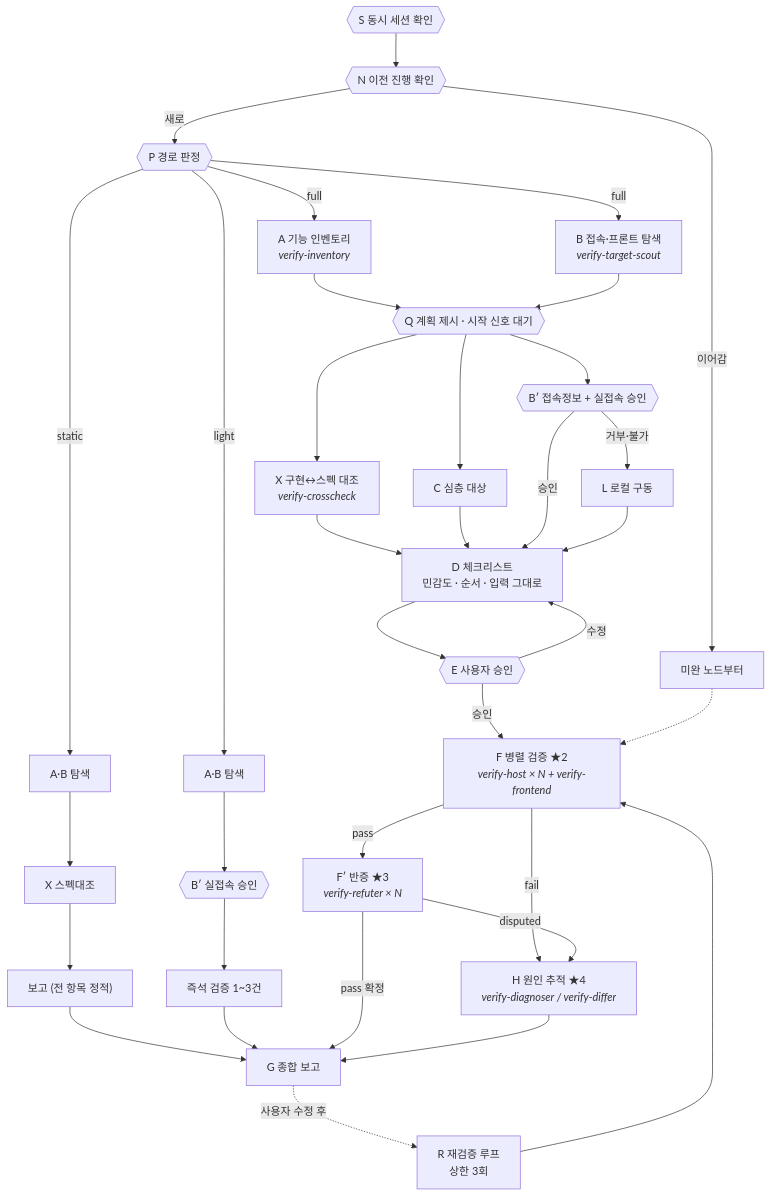
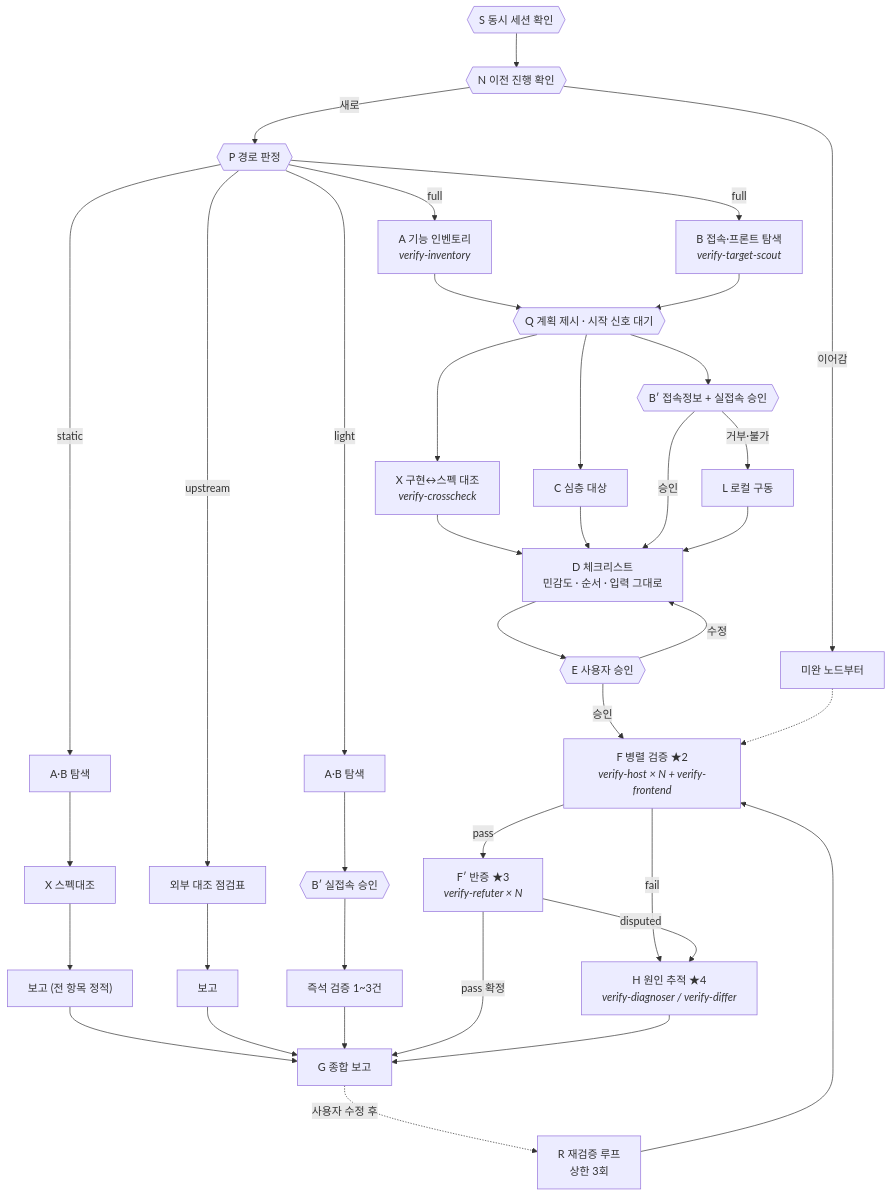
Before and after one commit to jollaman999/jolla-s-super-skills: the diagram in verify-impl/SKILL.md, drawn with Mermaid. The commit also changed other lines of this file and 6 other files, not shown here.

````diff
--- a/verify-impl/SKILL.md
+++ b/verify-impl/SKILL.md
@@ -72,31 +74,32 @@
 ```mermaid
 flowchart TD
   S{{"S 동시 세션 확인"}} --> N{{"N 이전 진행 확인"}}
   N -->|이어감| RESUME[미완 노드부터]
   N -->|새로| P{{"P 경로 판정"}}
   P -->|static| SA["A·B 탐색"] --> SX["X 스펙대조"] --> SG["보고 (전 항목 정적)"] --> G
+  P -->|upstream| UC["외부 대조 점검표"] --> UG["보고"] --> G
   P -->|light| LA["A·B 탐색"] --> LB2{{"B′ 실접속 승인"}} --> LV["즉석 검증 1~3건"] --> G
   P -->|full| A["A 기능 인벤토리<br/><i>verify-inventory</i>"]
   P -->|full| B["B 접속·프론트 탐색<br/><i>verify-target-scout</i>"]
   A --> Q{{"Q 계획 제시 · 시작 신호 대기"}}
   B --> Q
   Q --> X["X 구현↔스펙 대조<br/><i>verify-crosscheck</i>"]
   Q --> C[C 심층 대상]
   Q --> B2{{"B′ 접속정보 + 실접속 승인"}}
   B2 -->|거부·불가| L[L 로컬 구동]
   X --> D["D 체크리스트<br/>민감도 · 순서 · 입력 그대로"]
   C --> D
   B2 -->|승인| D
   L --> D
   D --> E{{"E 사용자 승인"}}
   E -->|수정| D
   E -->|승인| F["F 병렬 검증 ★2<br/><i>verify-host × N + verify-frontend</i>"]
   F -->|pass| F2["F′ 반증 ★3<br/><i>verify-refuter × N</i>"]
   F -->|fail| H["H 원인 추적 ★4<br/><i>verify-diagnoser / verify-differ</i>"]
   F2 -->|disputed| H
   F2 -->|pass 확정| G[G 종합 보고]
   H --> G
   G -.->|사용자 수정 후| R["R 재검증 루프<br/>상한 3회"]
   R --> F
   RESUME -.-> F
 ```
````
